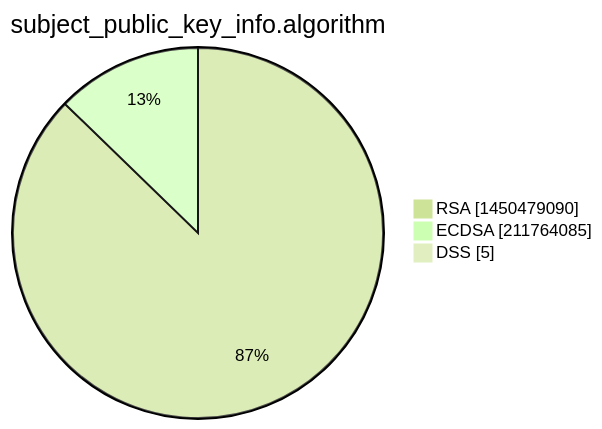
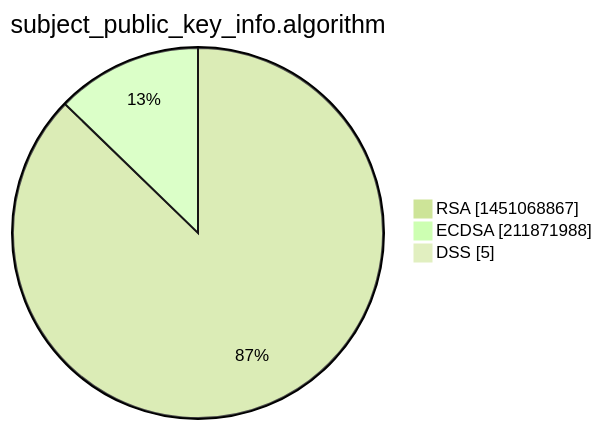
Before and after one commit to christiankrug/ctmonitor_visualization: the third of 15 diagrams in xenon2022/README.md, drawn with Mermaid (forest theme). The commit also changed other lines of this file, not shown here.

````diff
--- a/xenon2022/README.md
+++ b/xenon2022/README.md
@@ -14,7 +14,7 @@
 ```mermaid
 pie showData
 title subject_public_key_info.algorithm
-"RSA" :1450479090
-"ECDSA" :211764085
+"RSA" :1451068867
+"ECDSA" :211871988
 "DSS" :5
 ```
````
